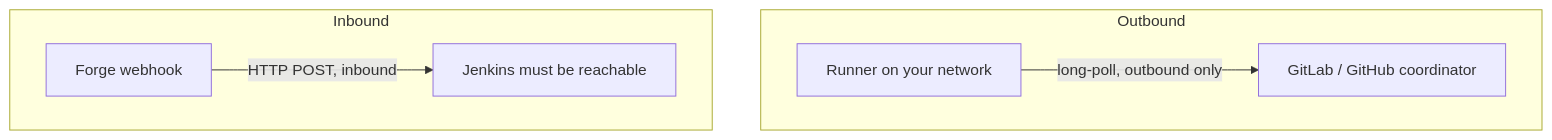
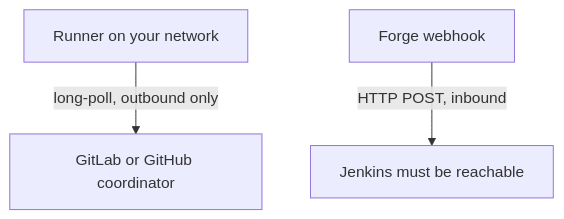
Before and after one commit to locchh/sw-handbook: the third of 8 diagrams in docs/software/tool_tip/cicd.md, drawn with Mermaid. The commit also changed other lines of this file, not shown here.

First line of the commit message:
docs: give each CI/CD platform its own anatomy and mechanism diagram

````diff
--- a/docs/software/tool_tip/cicd.md
+++ b/docs/software/tool_tip/cicd.md
@@ -76,9 +72,5 @@
 ```mermaid
 flowchart TB
-    subgraph Outbound
-      RN[Runner on your network] -->|long-poll, outbound only| GC[GitLab / GitHub coordinator]
-    end
-    subgraph Inbound
-      GH[Forge webhook] -->|HTTP POST, inbound| JK[Jenkins must be reachable]
-    end
+    RN[Runner on your network] -->|long-poll, outbound only| GC[GitLab or GitHub coordinator]
+    GH[Forge webhook] -->|HTTP POST, inbound| JK[Jenkins must be reachable]
 ```
````
